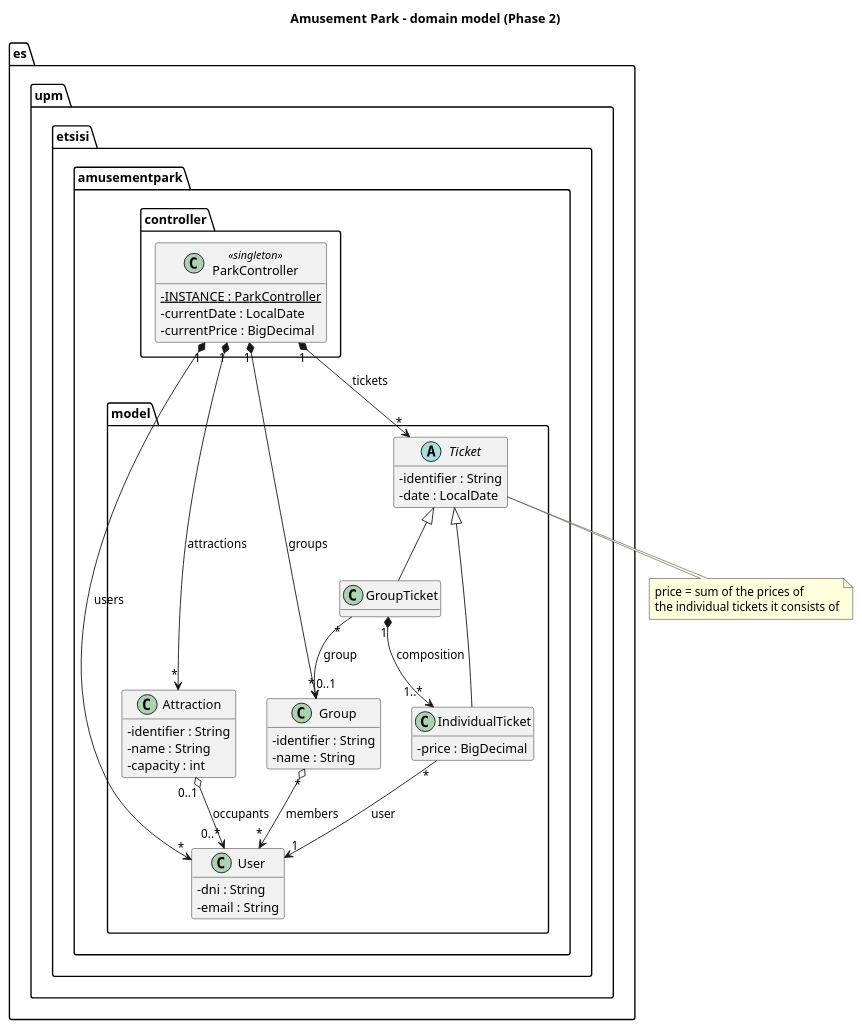
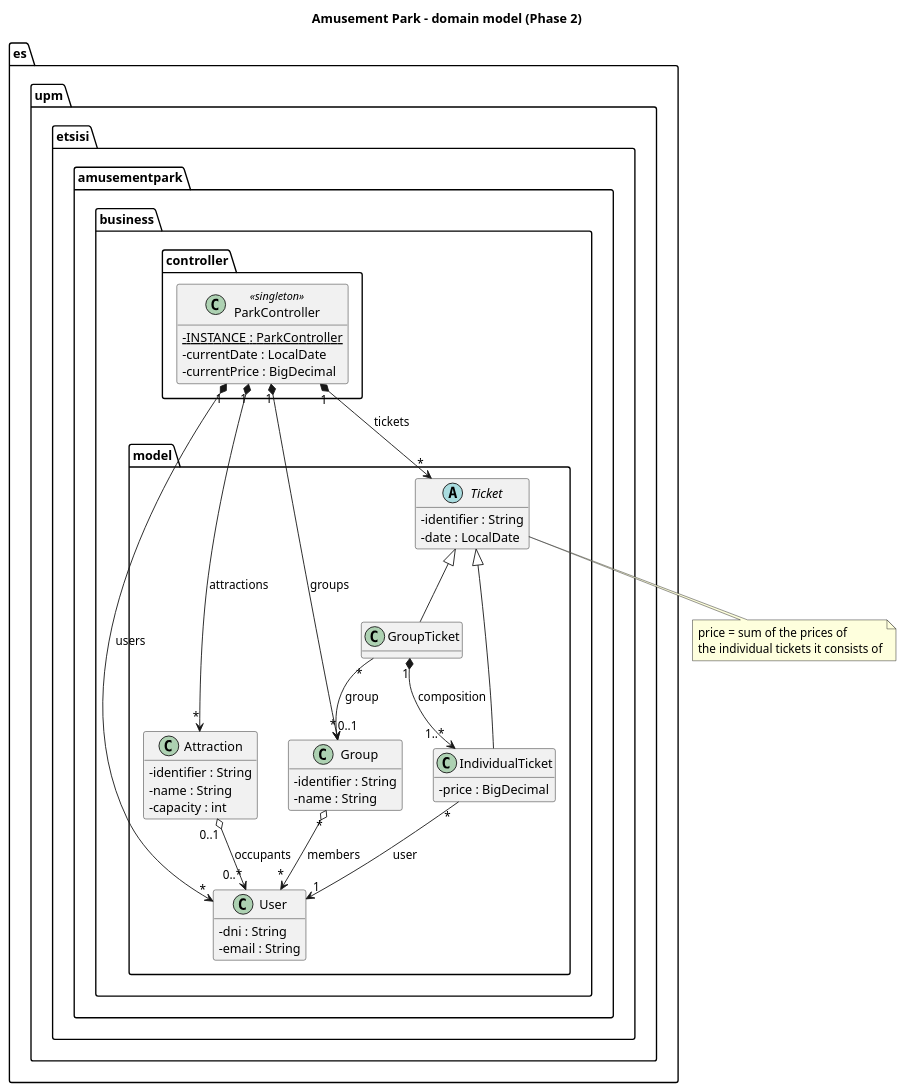
Before and after one commit to skai-upm/caise27: the diagram in uml/model.puml, drawn with PlantUML. The commit also changed 111 other files, not shown here.

```diff
--- a/uml/model.puml
+++ b/uml/model.puml
@@ -1,62 +1,62 @@
 @startuml model
 title Amusement Park - domain model (Phase 2)
 hide empty methods
 skinparam classAttributeIconSize 0
 
-package es.upm.etsisi.amusementpark.controller {
+package es.upm.etsisi.amusementpark.business.controller {
   class ParkController <<singleton>> {
     - {static} INSTANCE : ParkController
     - currentDate : LocalDate
     - currentPrice : BigDecimal
   }
 }
 
-package es.upm.etsisi.amusementpark.model {
+package es.upm.etsisi.amusementpark.business.model {
   class User {
     - dni : String
     - email : String
   }
 
   class Group {
     - identifier : String
     - name : String
   }
 
   abstract class Ticket {
     - identifier : String
     - date : LocalDate
   }
 
   class IndividualTicket {
     - price : BigDecimal
   }
 
   class GroupTicket {
   }
 
   class Attraction {
     - identifier : String
     - name : String
     - capacity : int
   }
 }
 
 Ticket <|-- IndividualTicket
 Ticket <|-- GroupTicket
 
 IndividualTicket "*" --> "1" User : user
 GroupTicket "1" *--> "1..*" IndividualTicket : composition
 GroupTicket "*" --> "0..1" Group : group
 Group "*" o--> "*" User : members
 Attraction "0..1" o--> "0..*" User : occupants
 
 ParkController "1" *--> "*" User : users
 ParkController "1" *--> "*" Group : groups
 ParkController "1" *--> "*" Ticket : tickets
 ParkController "1" *--> "*" Attraction : attractions
 
 note bottom of Ticket
   price = sum of the prices of
   the individual tickets it consists of
 end note
 @enduml
```
